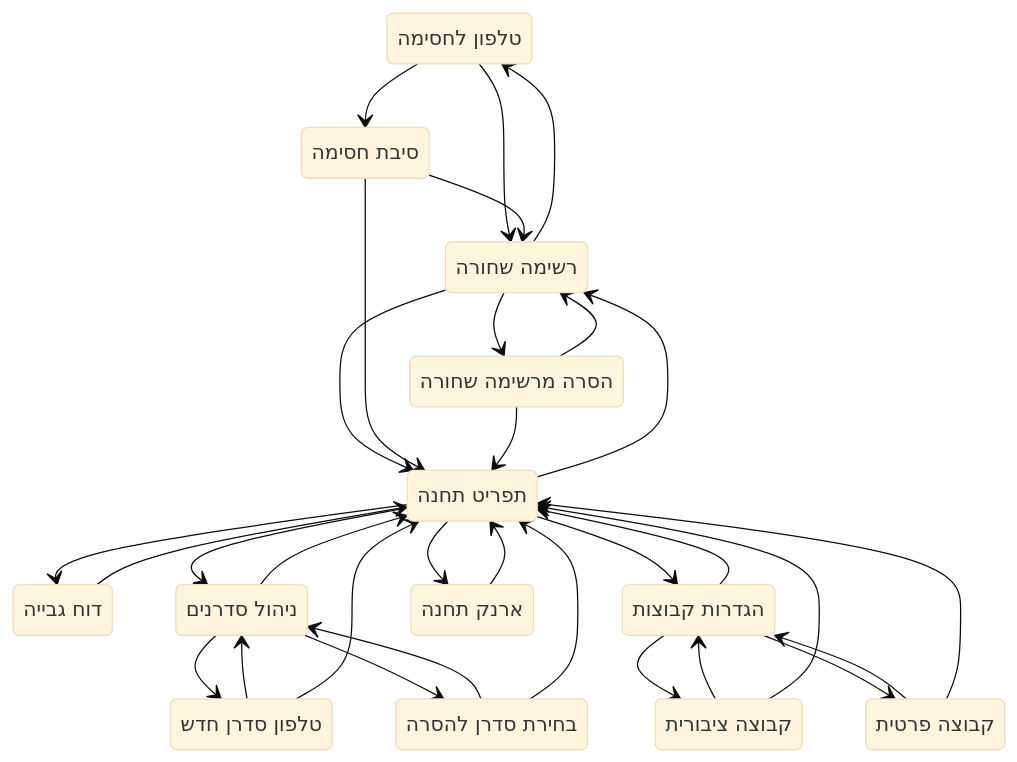
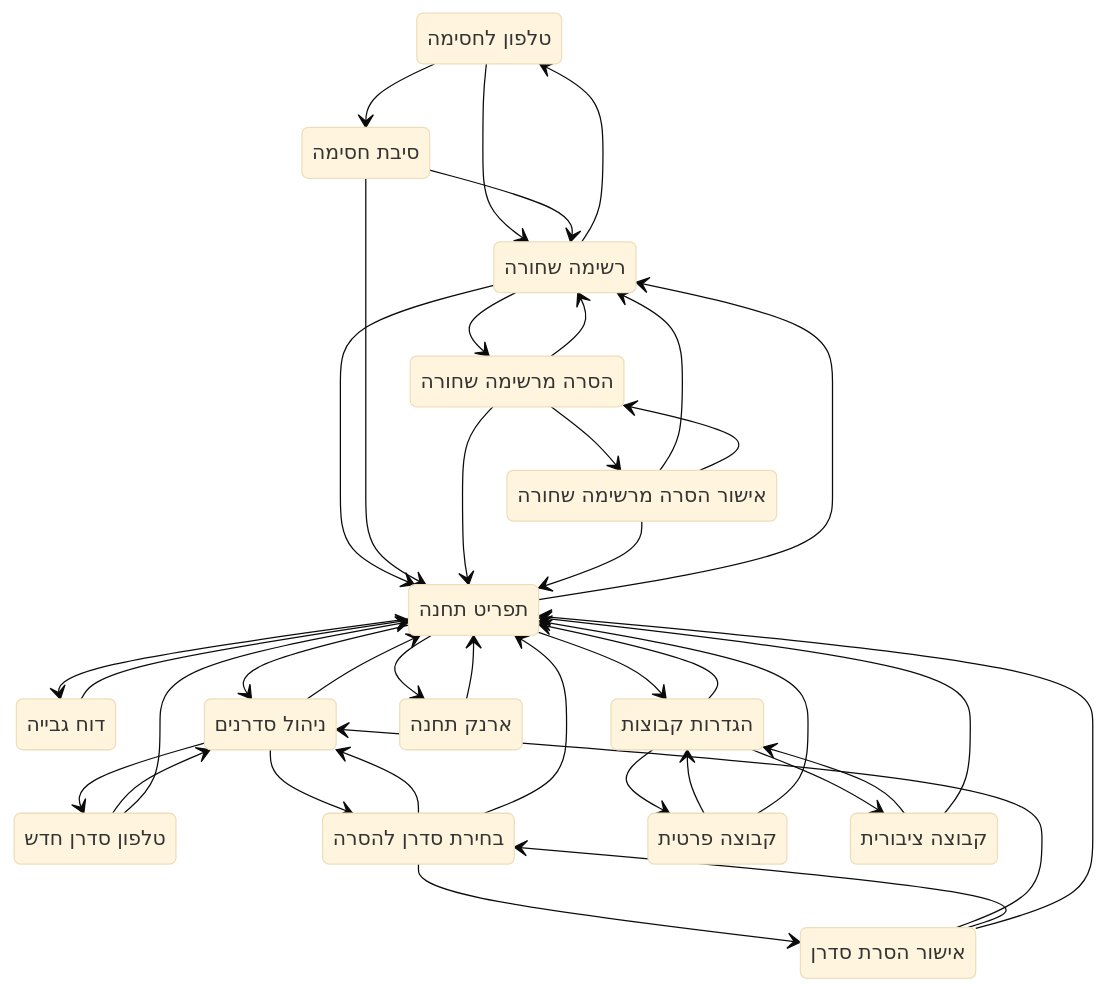
One commit to amirbiron/Shipment-bot changed the fourth of 6 diagrams in CLAUDE.md. Above: the diagram before and after it, drawn with Mermaid (base theme). The commit also changed 5 other files, not shown here.

````diff
--- a/CLAUDE.md
+++ b/CLAUDE.md
@@ -185,48 +185,58 @@
 ```mermaid
 stateDiagram-v2
     STATION_ADD_BLACKLIST_PHONE : טלפון לחסימה
     STATION_ADD_BLACKLIST_REASON : סיבת חסימה
     STATION_ADD_DISPATCHER_PHONE : טלפון סדרן חדש
     STATION_COLLECTION_REPORT : דוח גבייה
+    STATION_CONFIRM_REMOVE_BLACKLIST : אישור הסרה מרשימה שחורה
+    STATION_CONFIRM_REMOVE_DISPATCHER : אישור הסרת סדרן
     STATION_GROUP_SETTINGS : הגדרות קבוצות
     STATION_MANAGE_DISPATCHERS : ניהול סדרנים
     STATION_MENU : תפריט תחנה
     STATION_REMOVE_BLACKLIST_SELECT : הסרה מרשימה שחורה
     STATION_REMOVE_DISPATCHER_SELECT : בחירת סדרן להסרה
     STATION_SET_PRIVATE_GROUP : קבוצה פרטית
     STATION_SET_PUBLIC_GROUP : קבוצה ציבורית
     STATION_VIEW_BLACKLIST : רשימה שחורה
     STATION_VIEW_WALLET : ארנק תחנה
 
 
     STATION_MENU --> STATION_MANAGE_DISPATCHERS
     STATION_MENU --> STATION_VIEW_WALLET
     STATION_MENU --> STATION_COLLECTION_REPORT
     STATION_MENU --> STATION_VIEW_BLACKLIST
     STATION_MENU --> STATION_GROUP_SETTINGS
     STATION_MANAGE_DISPATCHERS --> STATION_ADD_DISPATCHER_PHONE
     STATION_MANAGE_DISPATCHERS --> STATION_REMOVE_DISPATCHER_SELECT
     STATION_MANAGE_DISPATCHERS --> STATION_MENU
     STATION_ADD_DISPATCHER_PHONE --> STATION_MANAGE_DISPATCHERS
     STATION_ADD_DISPATCHER_PHONE --> STATION_MENU
+    STATION_REMOVE_DISPATCHER_SELECT --> STATION_CONFIRM_REMOVE_DISPATCHER
     STATION_REMOVE_DISPATCHER_SELECT --> STATION_MANAGE_DISPATCHERS
     STATION_REMOVE_DISPATCHER_SELECT --> STATION_MENU
+    STATION_CONFIRM_REMOVE_DISPATCHER --> STATION_MANAGE_DISPATCHERS
+    STATION_CONFIRM_REMOVE_DISPATCHER --> STATION_REMOVE_DISPATCHER_SELECT
+    STATION_CONFIRM_REMOVE_DISPATCHER --> STATION_MENU
     STATION_VIEW_WALLET --> STATION_MENU
     STATION_COLLECTION_REPORT --> STATION_MENU
     STATION_VIEW_BLACKLIST --> STATION_ADD_BLACKLIST_PHONE
     STATION_VIEW_BLACKLIST --> STATION_REMOVE_BLACKLIST_SELECT
     STATION_VIEW_BLACKLIST --> STATION_MENU
     STATION_ADD_BLACKLIST_PHONE --> STATION_ADD_BLACKLIST_REASON
     STATION_ADD_BLACKLIST_PHONE --> STATION_VIEW_BLACKLIST
     STATION_ADD_BLACKLIST_REASON --> STATION_VIEW_BLACKLIST
     STATION_ADD_BLACKLIST_REASON --> STATION_MENU
+    STATION_REMOVE_BLACKLIST_SELECT --> STATION_CONFIRM_REMOVE_BLACKLIST
     STATION_REMOVE_BLACKLIST_SELECT --> STATION_VIEW_BLACKLIST
     STATION_REMOVE_BLACKLIST_SELECT --> STATION_MENU
+    STATION_CONFIRM_REMOVE_BLACKLIST --> STATION_VIEW_BLACKLIST
+    STATION_CONFIRM_REMOVE_BLACKLIST --> STATION_REMOVE_BLACKLIST_SELECT
+    STATION_CONFIRM_REMOVE_BLACKLIST --> STATION_MENU
     STATION_GROUP_SETTINGS --> STATION_SET_PUBLIC_GROUP
     STATION_GROUP_SETTINGS --> STATION_SET_PRIVATE_GROUP
     STATION_GROUP_SETTINGS --> STATION_MENU
     STATION_SET_PUBLIC_GROUP --> STATION_GROUP_SETTINGS
     STATION_SET_PUBLIC_GROUP --> STATION_MENU
     STATION_SET_PRIVATE_GROUP --> STATION_GROUP_SETTINGS
     STATION_SET_PRIVATE_GROUP --> STATION_MENU
 ```
````
